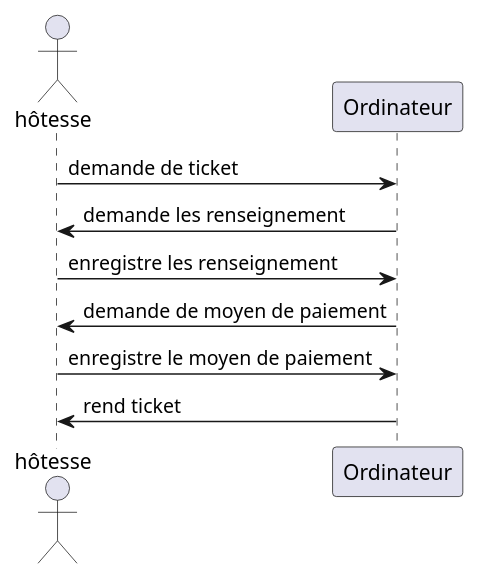
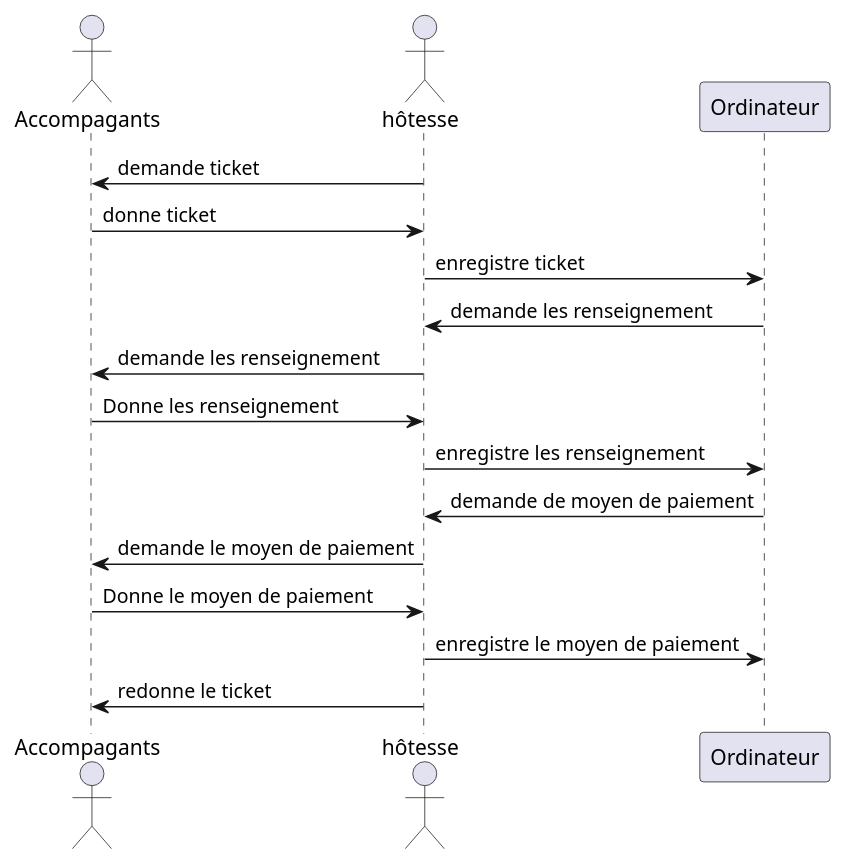
One commit to CaulierBenjamin/hopitalgeorge changed the diagram in src/Sequence.puml. Above: the diagram before and after it, drawn with PlantUML. The commit also changed 3 other files, not shown here.

```diff
--- a/src/Sequence.puml
+++ b/src/Sequence.puml
@@ -1,10 +1,17 @@
 @startuml
+actor Accompagants
 actor hôtesse
 participant Ordinateur
-hôtesse -> Ordinateur : demande de ticket
+hôtesse -> Accompagants : demande ticket
+Accompagants ->hôtesse: donne ticket
+hôtesse -> Ordinateur : enregistre ticket
 Ordinateur -> hôtesse : demande les renseignement
+hôtesse -> Accompagants : demande les renseignement
+Accompagants ->hôtesse: Donne les renseignement
 hôtesse -> Ordinateur : enregistre les renseignement
 Ordinateur -> hôtesse : demande de moyen de paiement
+hôtesse -> Accompagants : demande le moyen de paiement
+Accompagants ->hôtesse: Donne le moyen de paiement
 hôtesse -> Ordinateur : enregistre le moyen de paiement
-Ordinateur -> hôtesse : rend ticket
+hôtesse -> Accompagants : redonne le ticket
 @enduml
```
